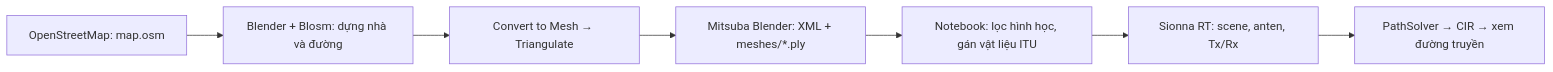
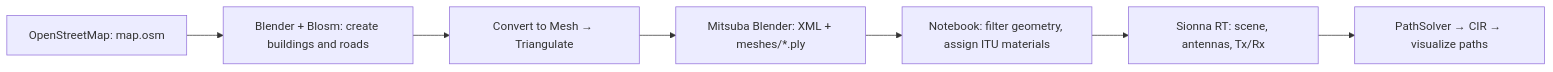
The diagram in README.md (NghiaaPD/Wireless_communication_with_Sionna_enviroments), drawn with Mermaid before and after one commit. The commit also changed other lines of this file, not shown here.

````diff
--- a/README.md
+++ b/README.md
@@ -7,9 +7,9 @@
 ```mermaid
 flowchart LR
-    A["OpenStreetMap: map.osm"] --> B["Blender + Blosm: dựng nhà và đường"]
+    A["OpenStreetMap: map.osm"] --> B["Blender + Blosm: create buildings and roads"]
     B --> C["Convert to Mesh → Triangulate"]
     C --> D["Mitsuba Blender: XML + meshes/*.ply"]
-    D --> E["Notebook: lọc hình học, gán vật liệu ITU"]
-    E --> F["Sionna RT: scene, anten, Tx/Rx"]
-    F --> G["PathSolver → CIR → xem đường truyền"]
+    D --> E["Notebook: filter geometry, assign ITU materials"]
+    E --> F["Sionna RT: scene, antennas, Tx/Rx"]
+    F --> G["PathSolver → CIR → visualize paths"]
 ```
````
